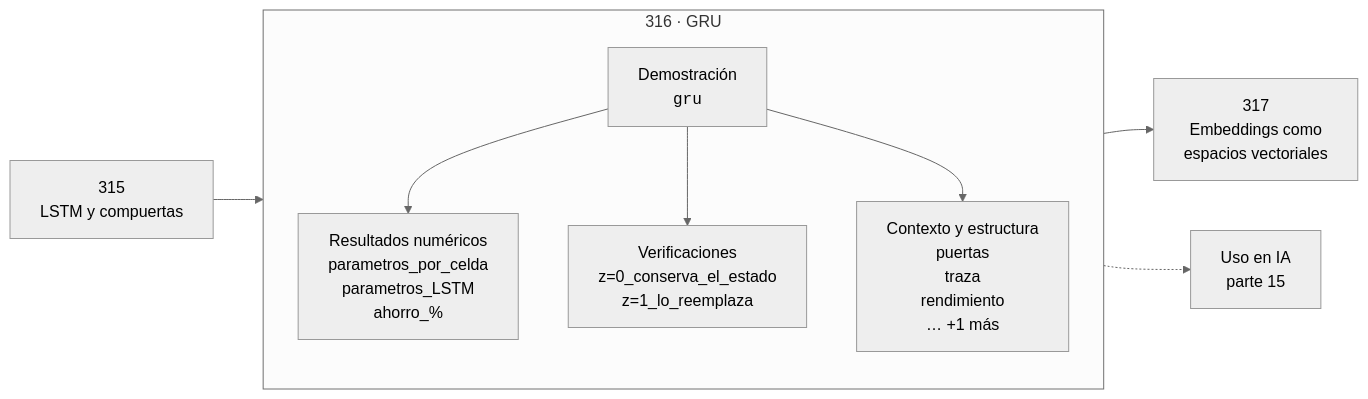
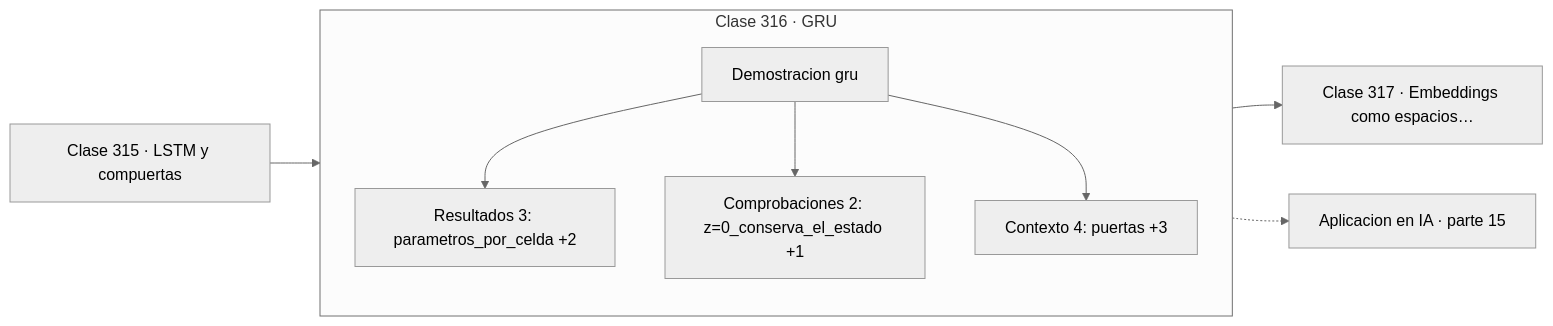
Before and after one commit to vladimiracunadev-create/computational-mathematics-program: the diagram in classes/part-15-matematica-de-deep-learning/316-gru/README.md, drawn with Mermaid (neutral theme). The commit also changed 389 other files, not shown here.

First line of the commit message:
fix(diagramas): elimina el HTML de las etiquetas Mermaid

````diff
--- a/classes/part-15-matematica-de-deep-learning/316-gru/README.md
+++ b/classes/part-15-matematica-de-deep-learning/316-gru/README.md
@@ -30,12 +30,13 @@
 ```mermaid
 flowchart LR
-    P["315<br/>LSTM y compuertas"] --> C
-    subgraph C["316 · GRU"]
+    P["Clase 315 · LSTM y compuertas"] --> D
+    subgraph CLASE["Clase 316 · GRU"]
         direction TB
-        D["Demostración<br/><code>gru</code>"] --> R["Resultados numéricos<br/>parametros_por_celda<br/>parametros_LSTM<br/>ahorro_%"]
-        D --> V["Verificaciones<br/>z=0_conserva_el_estado<br/>z=1_lo_reemplaza"]
-        D --> O["Contexto y estructura<br/>puertas<br/>traza<br/>rendimiento<br/>… +1 más"]
+        D["Demostracion gru"]
+        D --> R["Resultados 3: parametros_por_celda +2"]
+        D --> V["Comprobaciones 2: z=0_conserva_el_estado +1"]
+        D --> O["Contexto 4: puertas +3"]
     end
-    C --> N["317<br/>Embeddings como<br/>espacios vectoriales"]
-    C -.-> IA["Uso en IA<br/>parte 15"]
+    R --> N["Clase 317 · Embeddings como espacios…"]
+    V -.-> IA["Aplicacion en IA · parte 15"]
 ```
````
